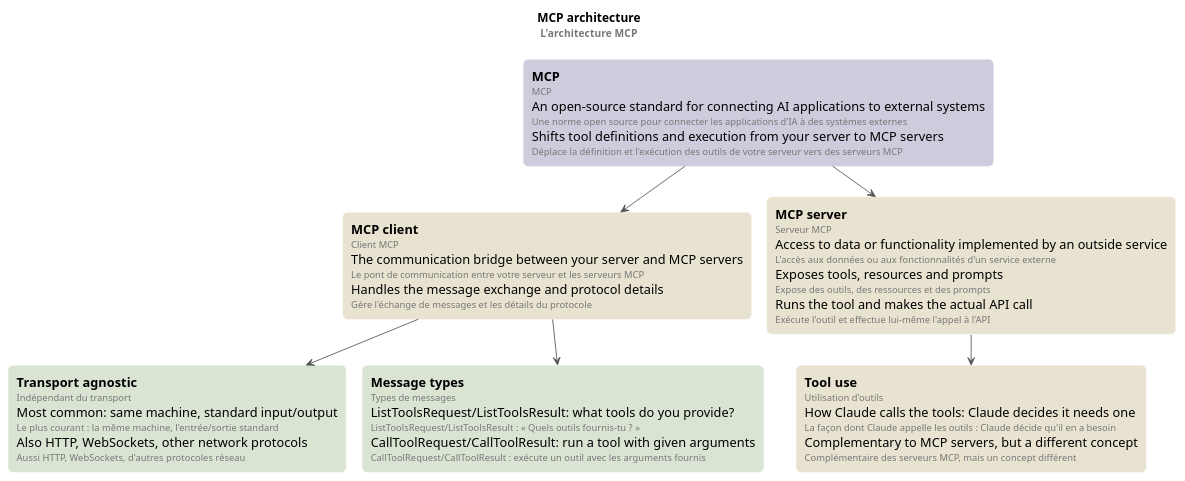
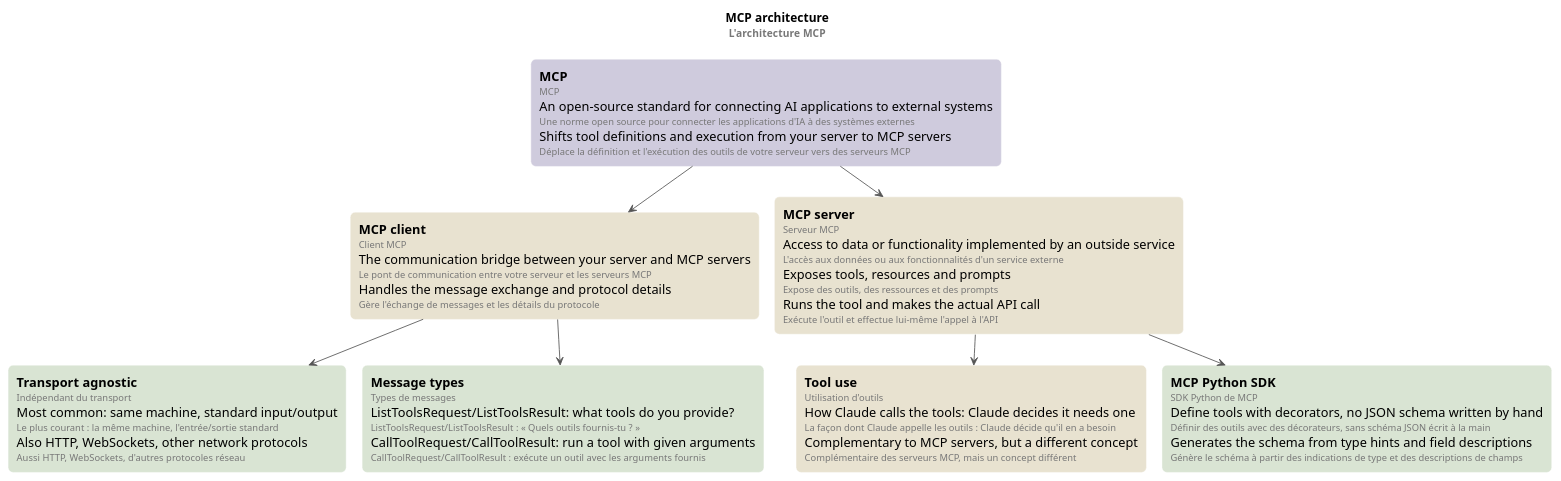
Before and after one commit to ltruchot/anthropic-academy-ai-glossary: the diagram in 08-introduction-to-model-context-protocol/mindmap/mcp-architecture.puml, drawn with PlantUML. The commit also changed 4 other files, not shown here.

Commit message:
docs: course 08's lesson 5, the MCP Python SDK, decorators and type hints

```diff
--- a/08-introduction-to-model-context-protocol/mindmap/mcp-architecture.puml
+++ b/08-introduction-to-model-context-protocol/mindmap/mcp-architecture.puml
@@ -1,35 +1,38 @@
 @startuml mcp-architecture
 ' Rendered with PlantUML, smetana layout (no Graphviz needed).
 !pragma layout smetana
 
 skinparam defaultFontName Helvetica
 skinparam shadowing false
 skinparam roundCorner 12
 skinparam ArrowColor #555555
 skinparam rectangle {
   BorderColor #FFFFFF
   FontSize 15
 }
 <style>
 rectangle {
   MinimumWidth 230
 }
 </style>
 
 title MCP architecture\n<size:12><color:#777>L'architecture MCP</color></size>
 
 rectangle "**MCP**\n<size:11><color:#777>MCP</color></size>\nAn open-source standard for connecting AI applications to external systems\n<size:11><color:#777>Une norme open source pour connecter les applications d'IA à des systèmes externes</color></size>\nShifts tool definitions and execution from your server to MCP servers\n<size:11><color:#777>Déplace la définition et l'exécution des outils de votre serveur vers des serveurs MCP</color></size>" as MCP #CFCBDD
 rectangle "**MCP client**\n<size:11><color:#777>Client MCP</color></size>\nThe communication bridge between your server and MCP servers\n<size:11><color:#777>Le pont de communication entre votre serveur et les serveurs MCP</color></size>\nHandles the message exchange and protocol details\n<size:11><color:#777>Gère l'échange de messages et les détails du protocole</color></size>" as CL #E8E2D0
 rectangle "**Transport agnostic**\n<size:11><color:#777>Indépendant du transport</color></size>\nMost common: same machine, standard input/output\n<size:11><color:#777>Le plus courant : la même machine, l'entrée/sortie standard</color></size>\nAlso HTTP, WebSockets, other network protocols\n<size:11><color:#777>Aussi HTTP, WebSockets, d'autres protocoles réseau</color></size>" as TA #D9E4D3
 rectangle "**Message types**\n<size:11><color:#777>Types de messages</color></size>\nListToolsRequest/ListToolsResult: what tools do you provide?\n<size:11><color:#777>ListToolsRequest/ListToolsResult : « Quels outils fournis-tu ? »</color></size>\nCallToolRequest/CallToolResult: run a tool with given arguments\n<size:11><color:#777>CallToolRequest/CallToolResult : exécute un outil avec les arguments fournis</color></size>" as MT #D9E4D3
 rectangle "**MCP server**\n<size:11><color:#777>Serveur MCP</color></size>\nAccess to data or functionality implemented by an outside service\n<size:11><color:#777>L'accès aux données ou aux fonctionnalités d'un service externe</color></size>\nExposes tools, resources and prompts\n<size:11><color:#777>Expose des outils, des ressources et des prompts</color></size>\nRuns the tool and makes the actual API call\n<size:11><color:#777>Exécute l'outil et effectue lui-même l'appel à l'API</color></size>" as SV #E8E2D0
 rectangle "**Tool use**\n<size:11><color:#777>Utilisation d'outils</color></size>\nHow Claude calls the tools: Claude decides it needs one\n<size:11><color:#777>La façon dont Claude appelle les outils : Claude décide qu'il en a besoin</color></size>\nComplementary to MCP servers, but a different concept\n<size:11><color:#777>Complémentaire des serveurs MCP, mais un concept différent</color></size>" as TU #E8E2D0
+rectangle "**MCP Python SDK**\n<size:11><color:#777>SDK Python de MCP</color></size>\nDefine tools with decorators, no JSON schema written by hand\n<size:11><color:#777>Définir des outils avec des décorateurs, sans schéma JSON écrit à la main</color></size>\nGenerates the schema from type hints and field descriptions\n<size:11><color:#777>Génère le schéma à partir des indications de type et des descriptions de champs</color></size>" as SDK #D9E4D3
 
 ' Lessons 1-3: MCP, its client (transports, messages), its server, and tool use beside it.
 MCP --> CL
 MCP --> SV
 CL --> TA
 CL --> MT
 SV --> TU
+' Fifth lesson: the Python SDK that defines a server's tools.
+SV --> SDK
 
 @enduml
```
